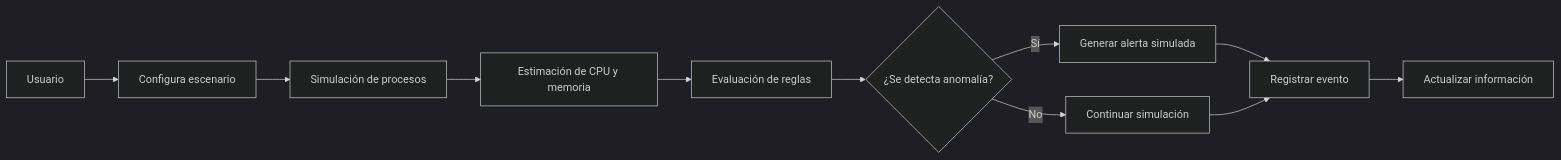
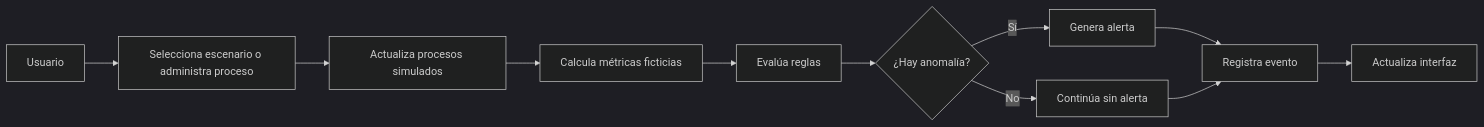
One commit to jhonnatanlopez2006-alt/CyberShield changed the second of 3 diagrams in documentacion/arquitectura_inicial.md. Above: the diagram before and after it, drawn with Mermaid (dark theme). The commit also changed other lines of this file, not shown here.

````diff
--- a/documentacion/arquitectura_inicial.md
+++ b/documentacion/arquitectura_inicial.md
@@ -30,13 +37,13 @@
 ```mermaid
 flowchart LR
-  A[Usuario] --> B[Configura escenario]
-  B --> C[Simulación de procesos]
-  C --> D[Estimación de CPU y memoria]
-  D --> E[Evaluación de reglas]
-  E --> F{¿Se detecta anomalía?}
-  F -- Sí --> G[Generar alerta simulada]
-  F -- No --> H[Continuar simulación]
-  G --> I[Registrar evento]
+  A[Usuario] --> B[Selecciona escenario o administra proceso]
+  B --> C[Actualiza procesos simulados]
+  C --> D[Calcula métricas ficticias]
+  D --> E[Evalúa reglas]
+  E --> F{¿Hay anomalía?}
+  F -- Sí --> G[Genera alerta]
+  F -- No --> H[Continúa sin alerta]
+  G --> I[Registra evento]
   H --> I
-  I --> J[Actualizar información]
+  I --> J[Actualiza interfaz]
 ```
````
